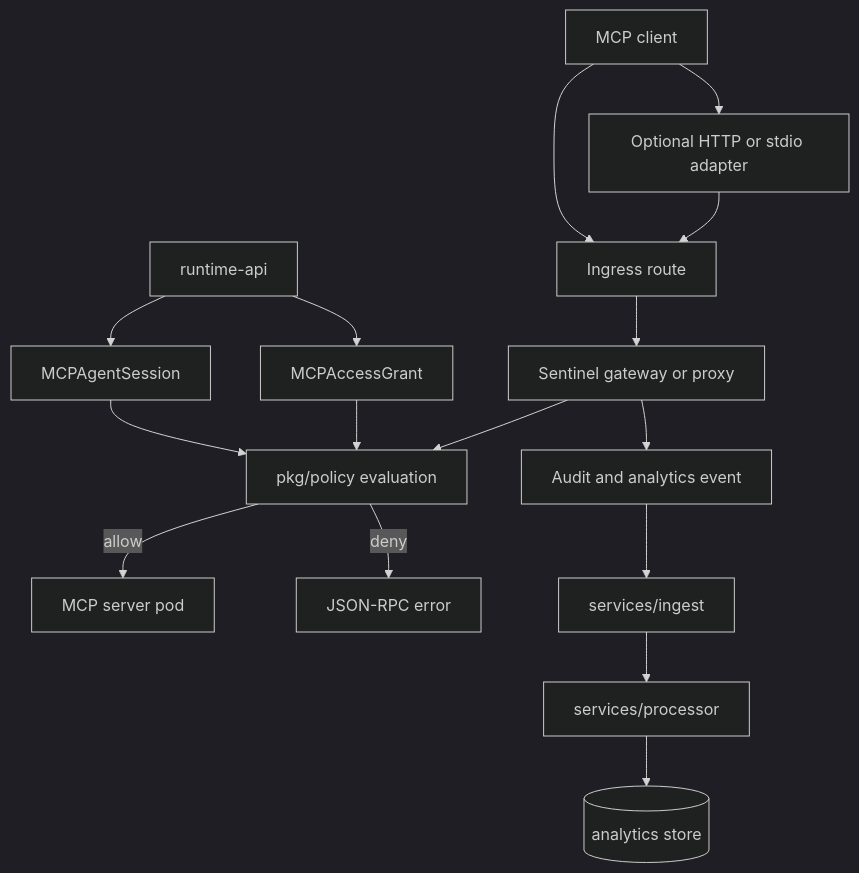
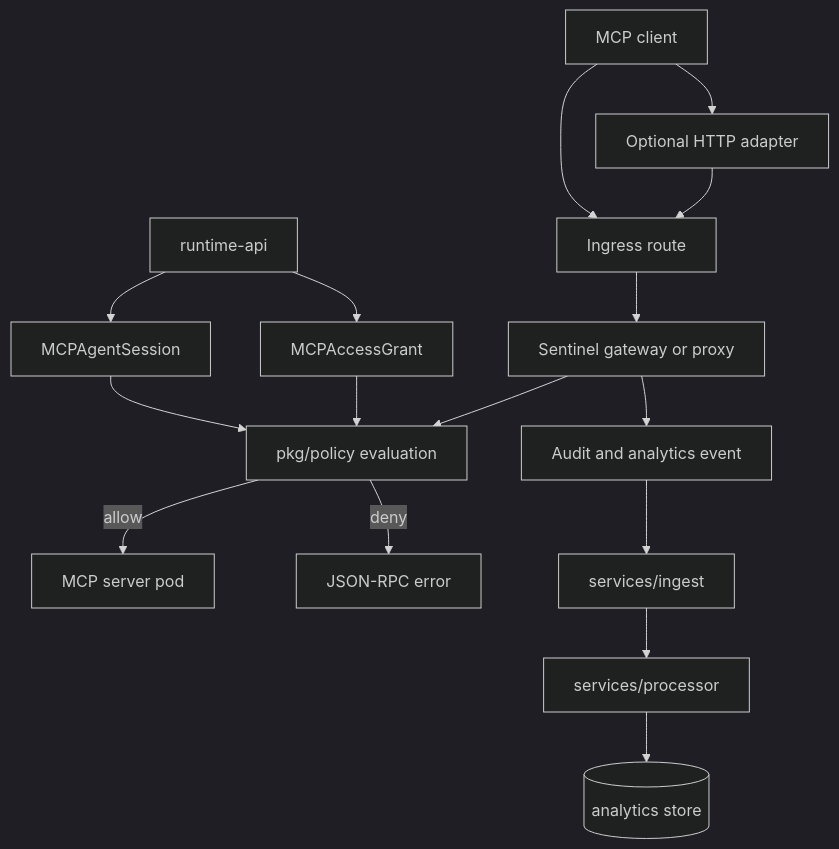
Before and after one commit to mcp-runtime/mcp-runtime: the third of 4 diagrams in docs/internals/README.md, drawn with Mermaid (dark theme). The commit also changed other lines of this file and 134 other files, not shown here.

Commit message:
fix(mcp-gateway): make OAuth optional for certificate adapters

````diff
--- a/docs/internals/README.md
+++ b/docs/internals/README.md
@@ -92,18 +92,18 @@
 ```mermaid
 flowchart TD
-    Client[MCP client] --> Adapter[Optional HTTP or stdio adapter]
+    Client[MCP client] --> Adapter[Optional HTTP adapter]
     Adapter --> Route[Ingress route]
     Client --> Route
     Route --> Gateway[Sentinel gateway or proxy]
     Gateway --> Authz[pkg/policy evaluation]
     Authz -->|allow| Server[MCP server pod]
     Authz -->|deny| Deny[JSON-RPC error]
     Gateway --> Events[Audit and analytics event]
     Events --> Ingest[services/ingest]
     Ingest --> Processor[services/processor]
     Processor --> Analytics[(analytics store)]
     RuntimeAPI[runtime-api] --> Grants[MCPAccessGrant]
     RuntimeAPI --> Sessions[MCPAgentSession]
     Grants --> Authz
     Sessions --> Authz
 ```
````
